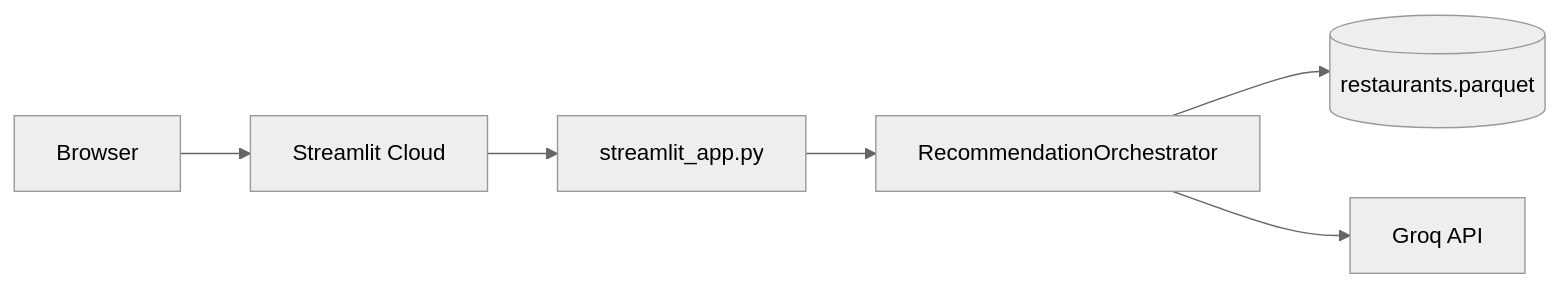
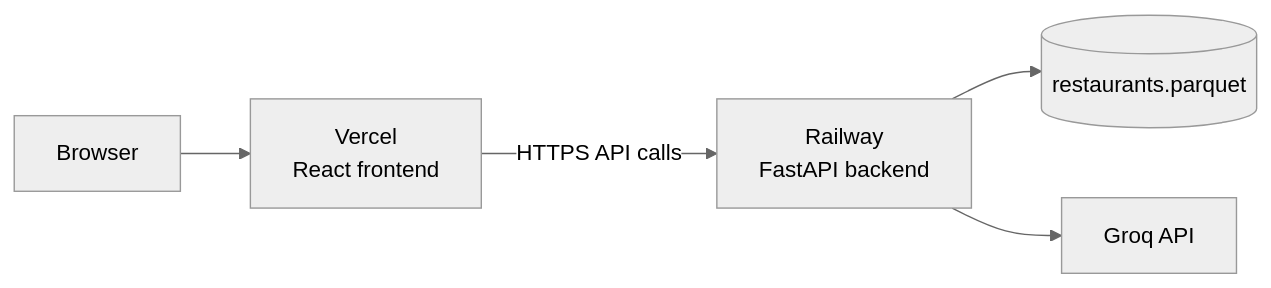
One commit to urmi123-ui/zomato---milestone---project changed the diagram in docs/deployment-plan.md. Above: the diagram before and after it, drawn with Mermaid (neutral theme). The commit also changed other lines of this file and 9 other files, not shown here.

Commit message:
Add Railway and Vercel deployment config with CORS and API URL env support

````diff
--- a/docs/deployment-plan.md
+++ b/docs/deployment-plan.md
@@ -33,8 +34,7 @@
 ```mermaid
 flowchart LR
-    User[Browser] --> SC[Streamlit Cloud]
-    SC --> App[streamlit_app.py]
-    App --> Orch[RecommendationOrchestrator]
-    Orch --> Parquet[(restaurants.parquet)]
-    Orch --> Groq[Groq API]
+    User[Browser] --> Vercel[Vercel<br/>React frontend]
+    Vercel -->|HTTPS API calls| Railway[Railway<br/>FastAPI backend]
+    Railway --> Parquet[(restaurants.parquet)]
+    Railway --> Groq[Groq API]
 ```
````
